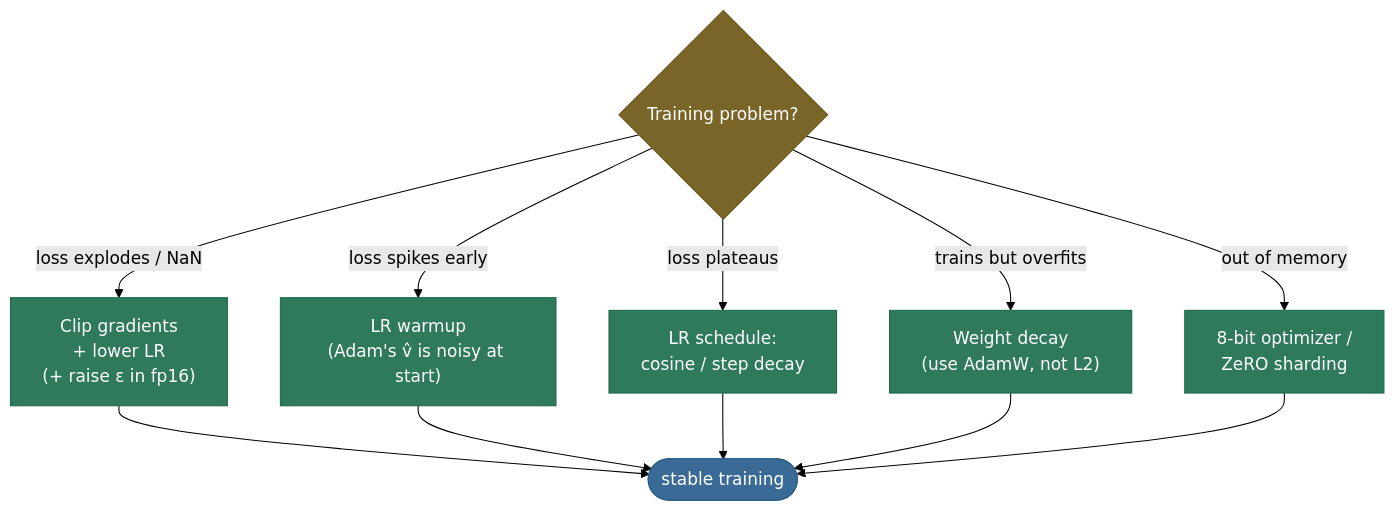
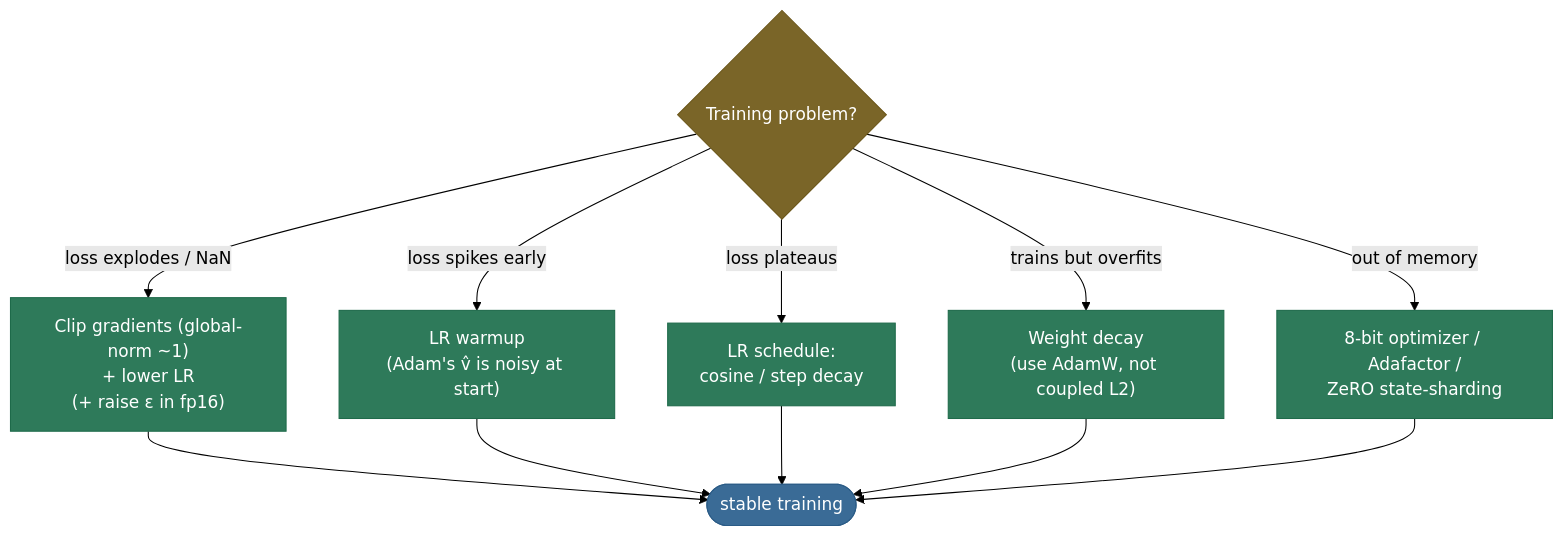
One commit to sudhir13s/AI-ML-learning-resources changed the fourth of 4 diagrams in 05. Deep_Learning/concepts/07-Optimizers.md. Above: the diagram before and after it, drawn with Mermaid (forest theme). The commit also changed other lines of this file and 9 other files, not shown here.

````diff
--- a/05. Deep_Learning/concepts/07-Optimizers.md
+++ b/05. Deep_Learning/concepts/07-Optimizers.md
@@ -218,18 +528,18 @@
 ```mermaid
 graph TD
     P{"Training problem?"}:::amber
-    P -->|"loss explodes / NaN"| C["Clip gradients<br/>+ lower LR<br/>(+ raise ε in fp16)"]:::out
+    P -->|"loss explodes / NaN"| C["Clip gradients (global-norm ~1)<br/>+ lower LR<br/>(+ raise ε in fp16)"]:::out
     P -->|"loss spikes early"| W["LR warmup<br/>(Adam's v̂ is noisy at start)"]:::out
     P -->|"loss plateaus"| S["LR schedule:<br/>cosine / step decay"]:::out
-    P -->|"trains but overfits"| D["Weight decay<br/>(use AdamW, not L2)"]:::out
-    P -->|"out of memory"| M["8-bit optimizer /<br/>ZeRO sharding"]:::out
+    P -->|"trains but overfits"| D["Weight decay<br/>(use AdamW, not coupled L2)"]:::out
+    P -->|"out of memory"| M["8-bit optimizer / Adafactor /<br/>ZeRO state-sharding"]:::out
     C --> OK(["stable training"]):::data
     W --> OK
     S --> OK
     D --> OK
     M --> OK
 
     classDef amber fill:#7A6528,stroke:#6A5518,color:#fff
     classDef out fill:#2E7A5A,stroke:#1E6A4A,color:#fff
     classDef data fill:#3A6B96,stroke:#2A5B86,color:#fff
 ```
````
